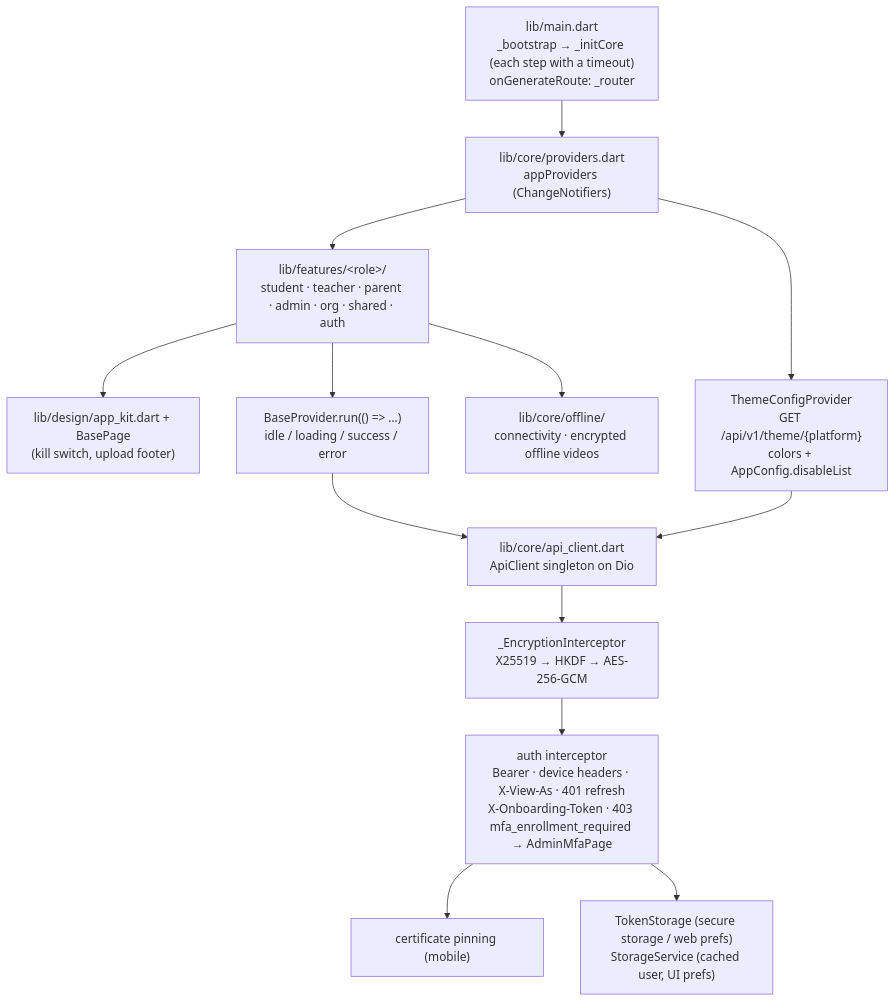
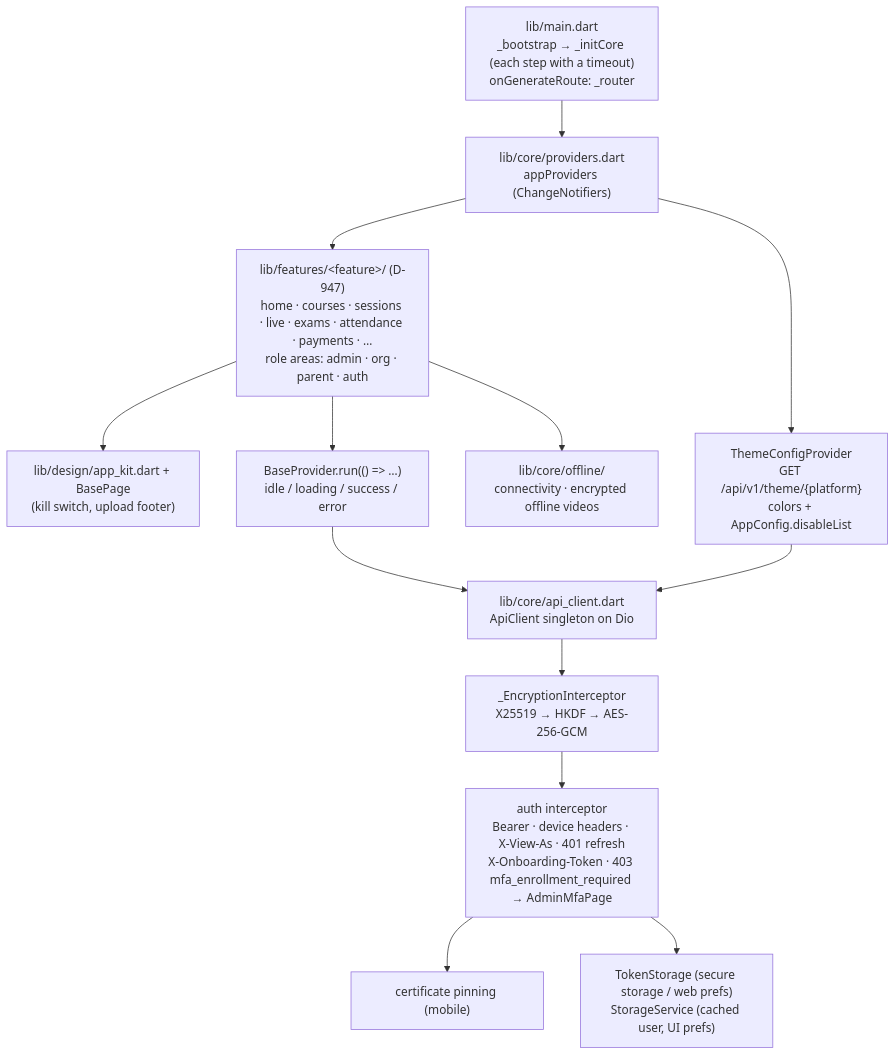
The second of 6 diagrams in docs/ARCHITECTURE.md (Amadkour/elfaheem-front), drawn with Mermaid before and after one commit. The commit also changed other lines of this file and 4 other files, not shown here.

Commit message:
Docs for the feature-folder layout: CLAUDE.md Features, ARCHITECTURE, polish scopes, D-947

````diff
--- a/docs/ARCHITECTURE.md
+++ b/docs/ARCHITECTURE.md
@@ -34,23 +34,23 @@
 ```mermaid
 flowchart TB
     main["lib/main.dart<br/>_bootstrap → _initCore (each step with a timeout)<br/>onGenerateRoute: _router"]
     providers["lib/core/providers.dart<br/>appProviders (ChangeNotifiers)"]
-    features["lib/features/&lt;role&gt;/<br/>student · teacher · parent · admin · org · shared · auth"]
+    features["lib/features/&lt;feature&gt;/ (D-947)<br/>home · courses · sessions · live · exams · attendance · payments · …<br/>role areas: admin · org · parent · auth"]
     kit["lib/design/app_kit.dart + BasePage<br/>(kill switch, upload footer)"]
     base["BaseProvider.run(() => …)<br/>idle / loading / success / error"]
     api["lib/core/api_client.dart<br/>ApiClient singleton on Dio"]
     enc["_EncryptionInterceptor<br/>X25519 → HKDF → AES-256-GCM"]
     auth["auth interceptor<br/>Bearer · device headers · X-View-As · 401 refresh<br/>X-Onboarding-Token · 403 mfa_enrollment_required → AdminMfaPage"]
     pin["certificate pinning (mobile)"]
     store["TokenStorage (secure storage / web prefs)<br/>StorageService (cached user, UI prefs)"]
     offline["lib/core/offline/<br/>connectivity · encrypted offline videos"]
     theme["ThemeConfigProvider<br/>GET /api/v1/theme/{platform}<br/>colors + AppConfig.disableList"]
 
     main --> providers --> features
     features --> kit
     features --> base --> api
     api --> enc --> auth --> pin
     auth --> store
     features --> offline
     providers --> theme --> api
 ```
````
